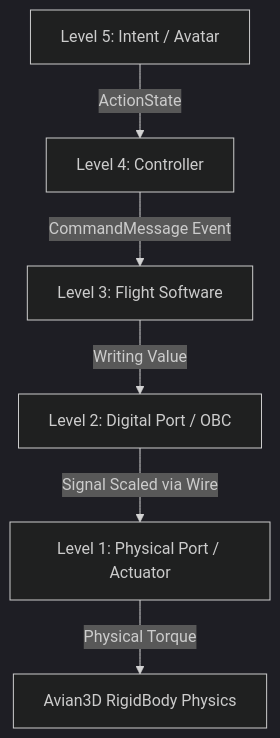
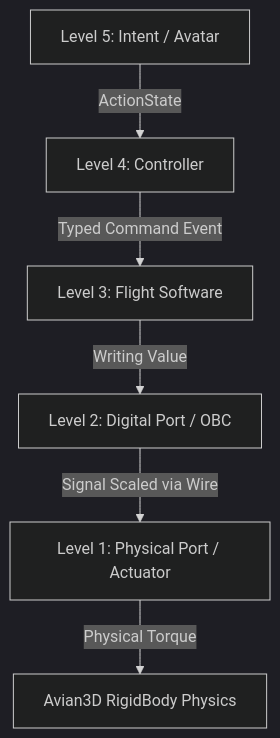
One commit to LunCoSim/lunco-sim changed the diagram in specs/001-vessel-control-architecture/plan.md. Above: the diagram before and after it, drawn with Mermaid (dark theme). The commit also changed other lines of this file and 33 other files, not shown here.

Commit message:
refactor: standardize typed command events and update architecture documentation to reflect system-wide cleanup

````diff
--- a/specs/001-vessel-control-architecture/plan.md
+++ b/specs/001-vessel-control-architecture/plan.md
@@ -18,8 +18,8 @@
 ```mermaid
 graph TD
     A[Level 5: Intent / Avatar] -->|ActionState| B[Level 4: Controller]
-    B -->|CommandMessage Event| C[Level 3: Flight Software]
+    B -->|Typed Command Event| C[Level 3: Flight Software]
     C -->|Writing Value| D[Level 2: Digital Port / OBC]
     D -->|Signal Scaled via Wire| E[Level 1: Physical Port / Actuator]
     E -->|Physical Torque| F[Avian3D RigidBody Physics]
 ```
````
